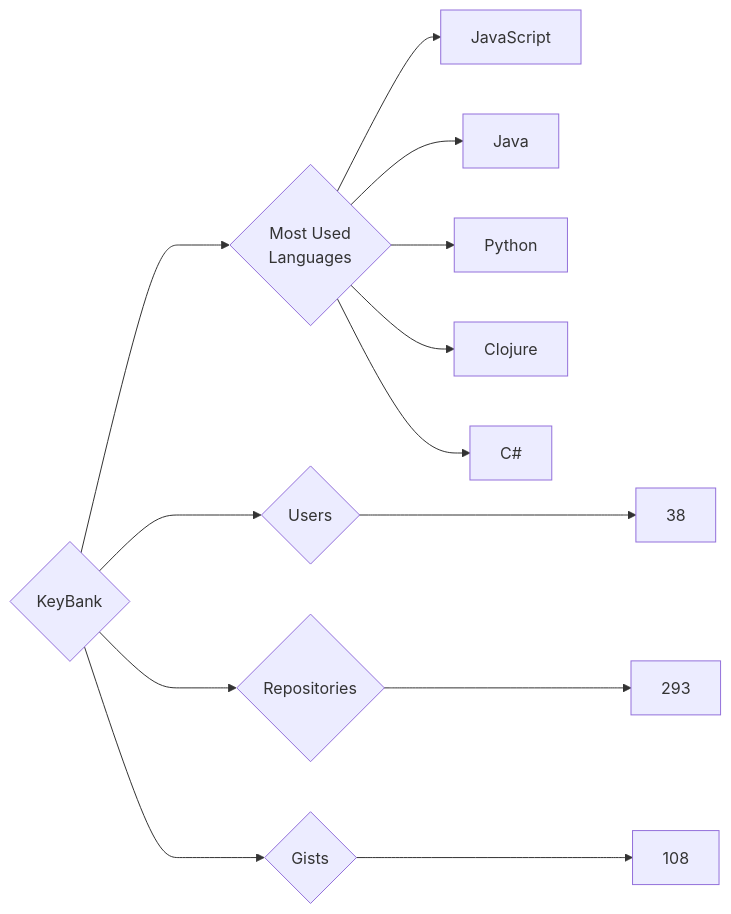
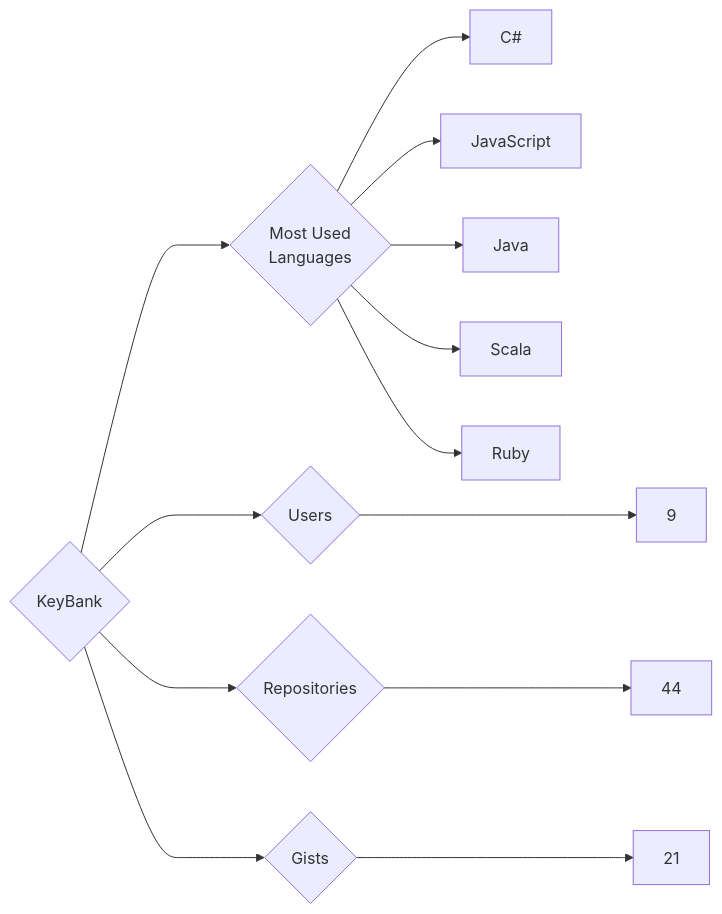
The diagram in targets/KeyBank/README.md (trickest/insiders), drawn with Mermaid before and after one commit. The commit also changed 932 other files, not shown here.

````diff
--- a/targets/KeyBank/README.md
+++ b/targets/KeyBank/README.md
@@ -3,13 +3,13 @@
 ```mermaid
 graph LR
 COMPANY_NAME{KeyBank}
-COMPANY_NAME ---> U{Users} ---> UN[38]
-COMPANY_NAME ---> R{Repositories} ---> RN[293]
-COMPANY_NAME ---> G{Gists} ---> GN[108]
+COMPANY_NAME ---> U{Users} ---> UN[9]
+COMPANY_NAME ---> R{Repositories} ---> RN[44]
+COMPANY_NAME ---> G{Gists} ---> GN[21]
 COMPANY_NAME ---> ML{Most Used<br>Languages}
+ML --> C#[C#]
 ML --> JavaScript[JavaScript]
 ML --> Java[Java]
-ML --> Python[Python]
-ML --> Clojure[Clojure]
-ML --> C#[C#]
+ML --> Scala[Scala]
+ML --> Ruby[Ruby]
 ```
````
